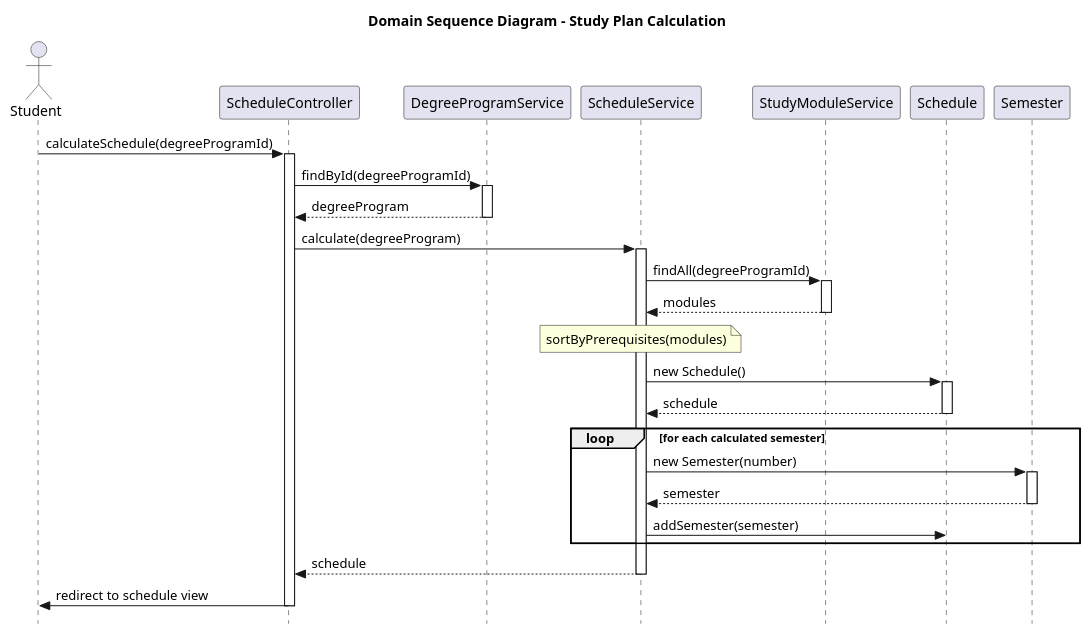
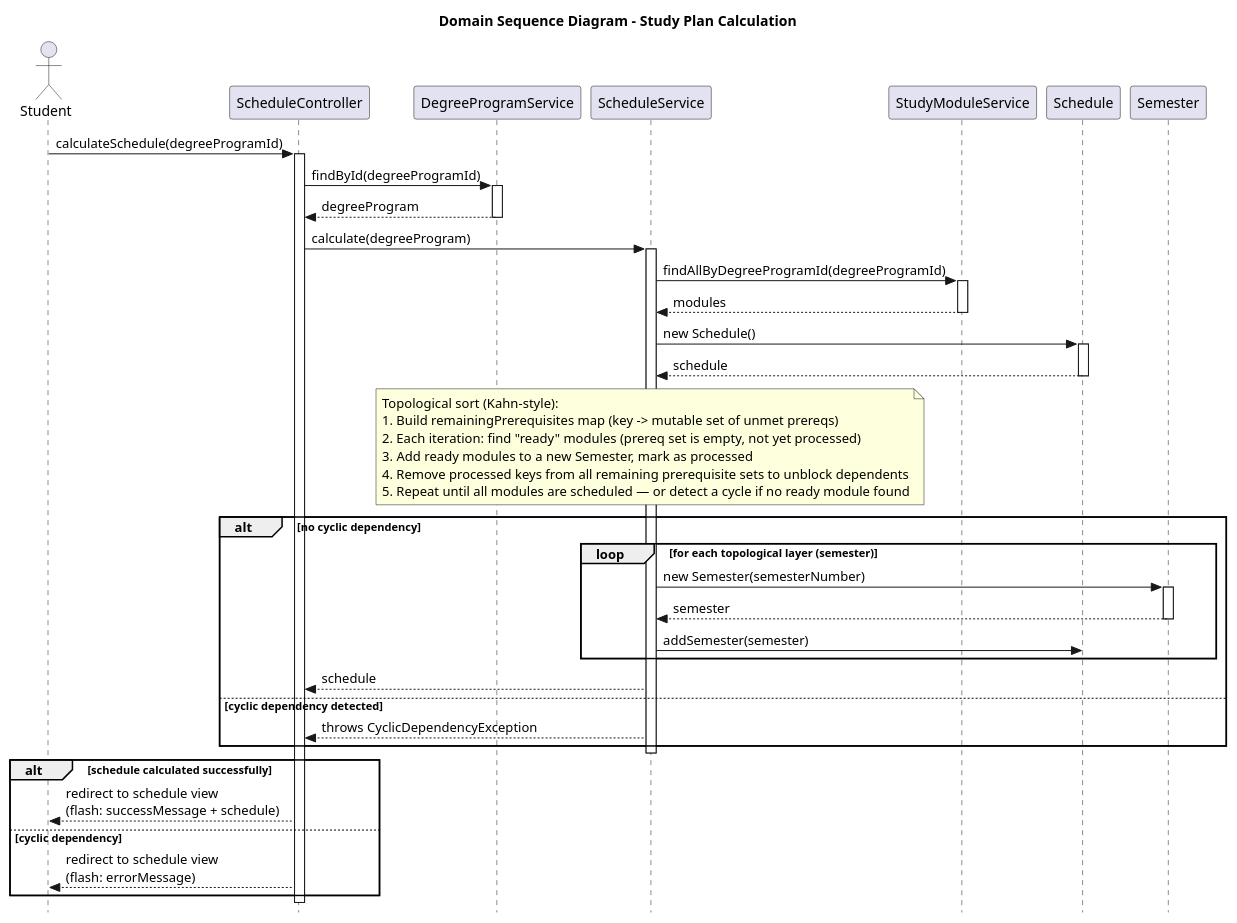
One commit to Ginimo/Studyplanner changed the diagram in docs/diagrams/domain_sequence_diagram.puml. Above: the diagram before and after it, drawn with PlantUML. The commit also changed 36 other files, not shown here.

```diff
--- a/docs/diagrams/domain_sequence_diagram.puml
+++ b/docs/diagrams/domain_sequence_diagram.puml
@@ -1,49 +1,65 @@
 @startuml
 skinparam style strictuml
 title Domain Sequence Diagram - Study Plan Calculation
 
 actor Student
 participant "ScheduleController" as SC
 participant "DegreeProgramService" as DPS
 participant "ScheduleService" as SS
 participant "StudyModuleService" as SMS
 participant "Schedule" as S
 participant "Semester" as Sem
 
 Student -> SC : calculateSchedule(degreeProgramId)
 activate SC
 
 SC -> DPS : findById(degreeProgramId)
 activate DPS
 DPS --> SC : degreeProgram
 deactivate DPS
 
 SC -> SS : calculate(degreeProgram)
 activate SS
 
-SS -> SMS : findAll(degreeProgramId)
+SS -> SMS : findAllByDegreeProgramId(degreeProgramId)
 activate SMS
 SMS --> SS : modules
 deactivate SMS
-
-note over SS: sortByPrerequisites(modules)
 
 SS -> S : new Schedule()
 activate S
 S --> SS : schedule
 deactivate S
 
-loop for each calculated semester
-    SS -> Sem : new Semester(number)
-    activate Sem
-    Sem --> SS : semester
-    deactivate Sem
-    SS -> S : addSemester(semester)
+note over SS
+  Topological sort (Kahn-style):
+  1. Build remainingPrerequisites map (key -> mutable set of unmet prereqs)
+  2. Each iteration: find "ready" modules (prereq set is empty, not yet processed)
+  3. Add ready modules to a new Semester, mark as processed
+  4. Remove processed keys from all remaining prerequisite sets to unblock dependents
+  5. Repeat until all modules are scheduled — or detect a cycle if no ready module found
+end note
+
+alt no cyclic dependency
+    loop for each topological layer (semester)
+        SS -> Sem : new Semester(semesterNumber)
+        activate Sem
+        Sem --> SS : semester
+        deactivate Sem
+        SS -> S : addSemester(semester)
+    end
+    SS --> SC : schedule
+else cyclic dependency detected
+    SS --> SC : throws CyclicDependencyException
 end
 
-SS --> SC : schedule
 deactivate SS
 
-SC -> Student : redirect to schedule view
+alt schedule calculated successfully
+    SC --> Student : redirect to schedule view\n(flash: successMessage + schedule)
+else cyclic dependency
+    SC --> Student : redirect to schedule view\n(flash: errorMessage)
+end
+
 deactivate SC
 @enduml
```
